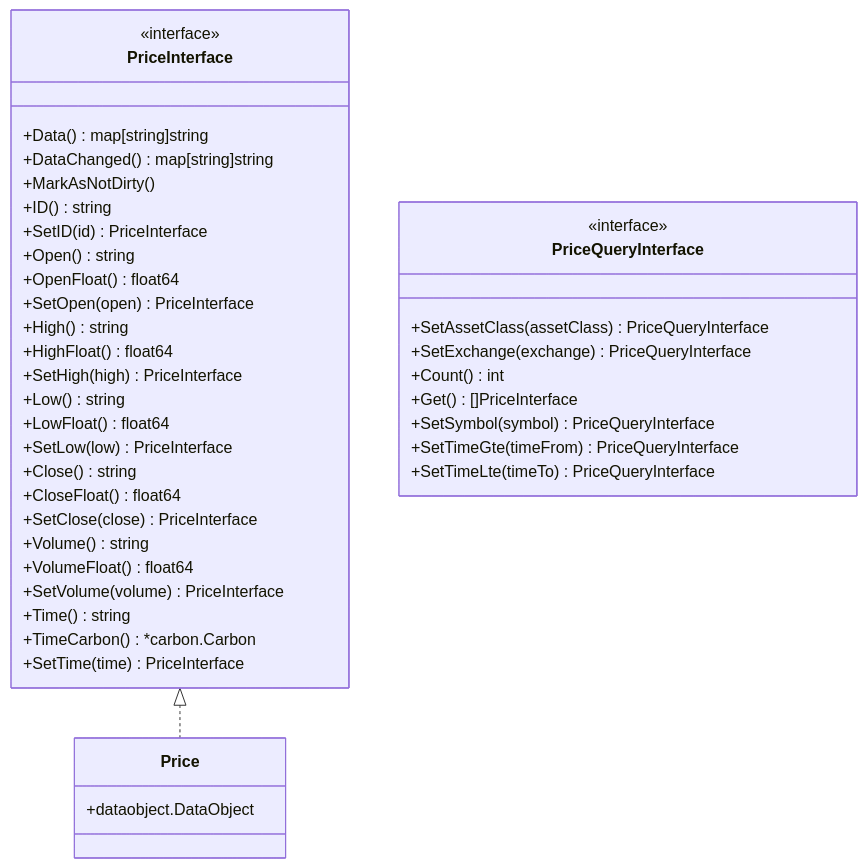
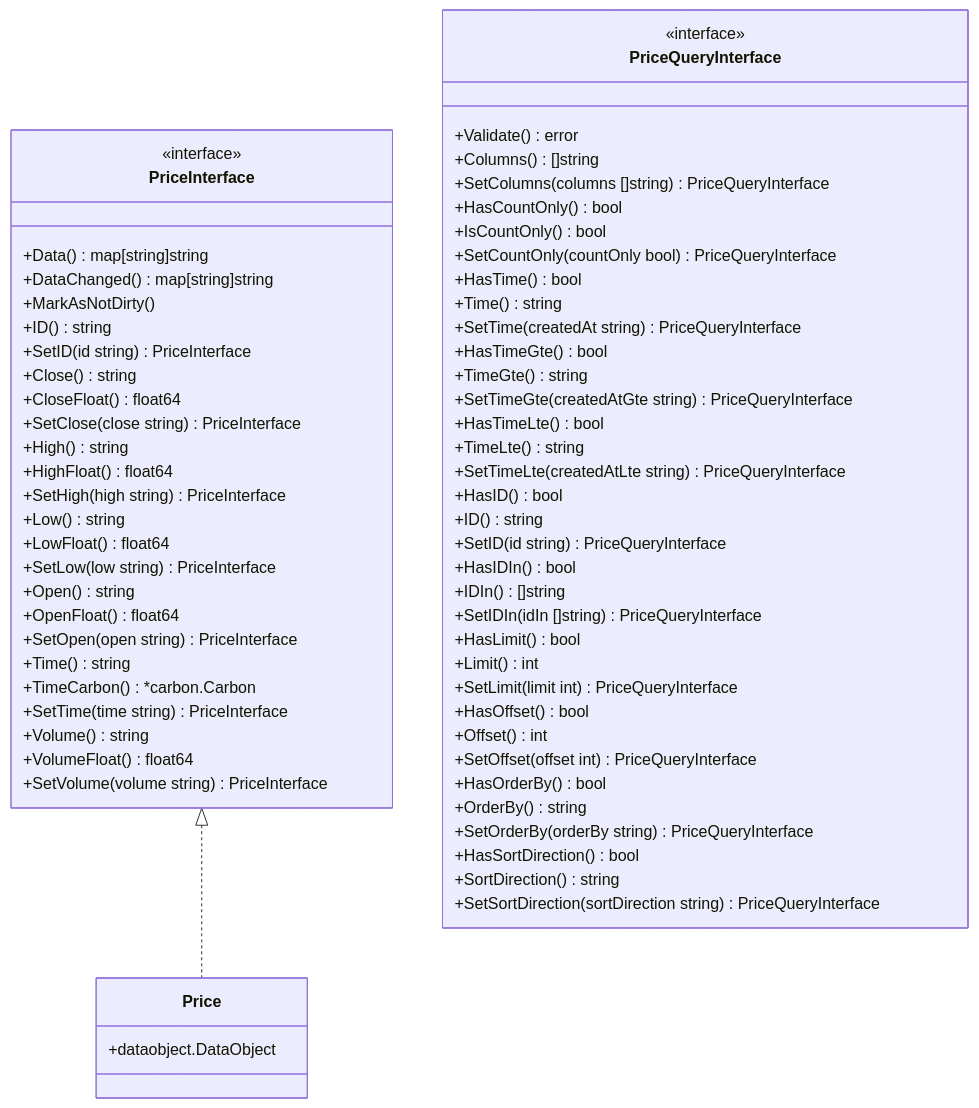
One commit to dracory/tradingstore changed the second of 3 diagrams in README.md. Above: the diagram before and after it, drawn with Mermaid. The commit also changed other lines of this file, not shown here.

Commit message:
Update interface documentation and add instrument name field

````diff
--- a/README.md
+++ b/README.md
@@ -204,46 +205,72 @@
 ```mermaid
 classDiagram
     class PriceInterface {
         <<interface>>
         +Data() map[string]string
         +DataChanged() map[string]string
         +MarkAsNotDirty()
         +ID() string
-        +SetID(id) PriceInterface
+        +SetID(id string) PriceInterface
+        +Close() string
+        +CloseFloat() float64
+        +SetClose(close string) PriceInterface
+        +High() string
+        +HighFloat() float64
+        +SetHigh(high string) PriceInterface
+        +Low() string
+        +LowFloat() float64
+        +SetLow(low string) PriceInterface
         +Open() string
         +OpenFloat() float64
-        +SetOpen(open) PriceInterface
-        +High() string
-        +HighFloat() float64
-        +SetHigh(high) PriceInterface
-        +Low() string
-        +LowFloat() float64
-        +SetLow(low) PriceInterface
-        +Close() string
-        +CloseFloat() float64
-        +SetClose(close) PriceInterface
+        +SetOpen(open string) PriceInterface
+        +Time() string
+        +TimeCarbon() *carbon.Carbon
+        +SetTime(time string) PriceInterface
         +Volume() string
         +VolumeFloat() float64
-        +SetVolume(volume) PriceInterface
-        +Time() string
-        +TimeCarbon() *carbon.Carbon
-        +SetTime(time) PriceInterface
+        +SetVolume(volume string) PriceInterface
     }
 
     class Price {
         +dataobject.DataObject
     }
 
     class PriceQueryInterface {
         <<interface>>
-        +SetAssetClass(assetClass) PriceQueryInterface
-        +SetExchange(exchange) PriceQueryInterface
-        +Count() int
-        +Get() []PriceInterface
-        +SetSymbol(symbol) PriceQueryInterface
-        +SetTimeGte(timeFrom) PriceQueryInterface
-        +SetTimeLte(timeTo) PriceQueryInterface
+        +Validate() error
+        +Columns() []string
+        +SetColumns(columns []string) PriceQueryInterface
+        +HasCountOnly() bool
+        +IsCountOnly() bool
+        +SetCountOnly(countOnly bool) PriceQueryInterface
+        +HasTime() bool
+        +Time() string
+        +SetTime(createdAt string) PriceQueryInterface
+        +HasTimeGte() bool
+        +TimeGte() string
+        +SetTimeGte(createdAtGte string) PriceQueryInterface
+        +HasTimeLte() bool
+        +TimeLte() string
+        +SetTimeLte(createdAtLte string) PriceQueryInterface
+        +HasID() bool
+        +ID() string
+        +SetID(id string) PriceQueryInterface
+        +HasIDIn() bool
+        +IDIn() []string
+        +SetIDIn(idIn []string) PriceQueryInterface
+        +HasLimit() bool
+        +Limit() int
+        +SetLimit(limit int) PriceQueryInterface
+        +HasOffset() bool
+        +Offset() int
+        +SetOffset(offset int) PriceQueryInterface
+        +HasOrderBy() bool
+        +OrderBy() string
+        +SetOrderBy(orderBy string) PriceQueryInterface
+        +HasSortDirection() bool
+        +SortDirection() string
+        +SetSortDirection(sortDirection string) PriceQueryInterface
     }
 
     PriceInterface <|.. Price
 ```
````
